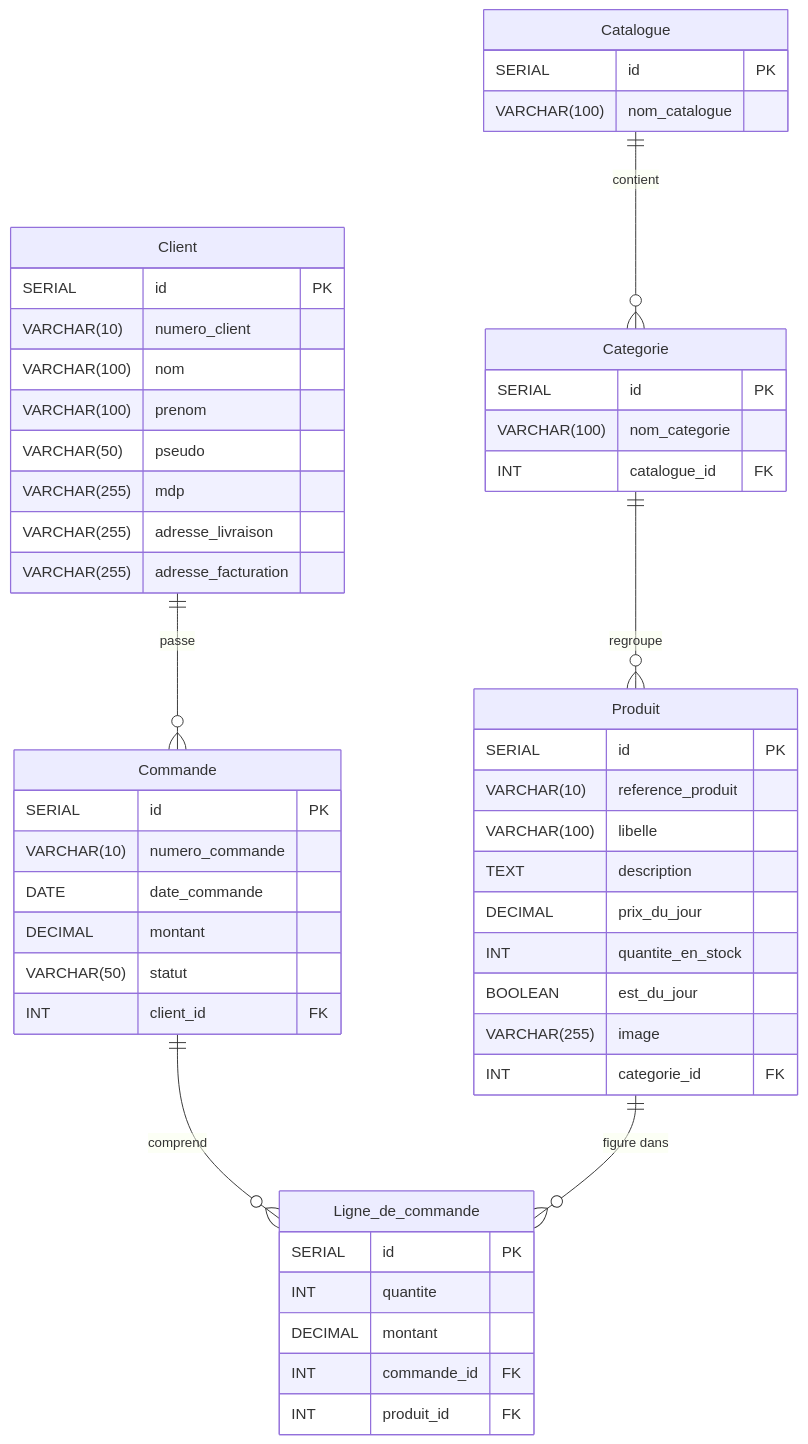
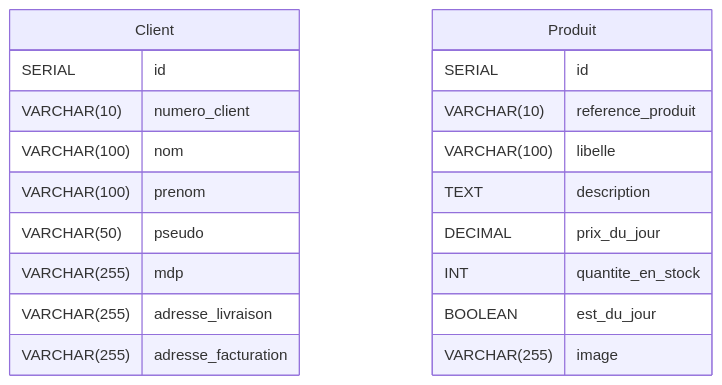
One commit to TokyHenintsoa00/GondorChicRepository changed the diagram in database/UML.md. Above: the diagram before and after it, drawn with Mermaid.

Commit message:
Màj UML

````diff
--- a/database/UML.md
+++ b/database/UML.md
@@ -3,59 +3,24 @@
 ```mermaid
 erDiagram
-    Catalogue {
-        SERIAL       id             PK
-        VARCHAR(100) nom_catalogue
-    }
-
-    Categorie {
-        SERIAL       id             PK
-        VARCHAR(100) nom_categorie
-        INT          catalogue_id   FK
-    }
-
-    Produit {
-        SERIAL       id                PK
-        VARCHAR(10)  reference_produit
-        VARCHAR(100) libelle
-        TEXT         description
-        DECIMAL      prix_du_jour
-        INT          quantite_en_stock
-        BOOLEAN      est_du_jour
-        VARCHAR(255) image
-        INT          categorie_id      FK
-    }
-
     Client {
-        SERIAL       id                    PK
+        SERIAL       id
         VARCHAR(10)  numero_client
         VARCHAR(100) nom
         VARCHAR(100) prenom
         VARCHAR(50)  pseudo
         VARCHAR(255) mdp
         VARCHAR(255) adresse_livraison
         VARCHAR(255) adresse_facturation
     }
 
-    Commande {
-        SERIAL      id               PK
-        VARCHAR(10) numero_commande
-        DATE        date_commande
-        DECIMAL     montant
-        VARCHAR(50) statut
-        INT         client_id        FK
+    Produit {
+        SERIAL       id
+        VARCHAR(10)  reference_produit
+        VARCHAR(100) libelle
+        TEXT         description
+        DECIMAL      prix_du_jour
+        INT          quantite_en_stock
+        BOOLEAN      est_du_jour
+        VARCHAR(255) image
     }
-
-    Ligne_de_commande {
-        SERIAL  id           PK
-        INT     quantite
-        DECIMAL montant
-        INT     commande_id  FK
-        INT     produit_id   FK
-    }
-
-    Catalogue      ||--o{ Categorie         : "contient"
-    Categorie      ||--o{ Produit           : "regroupe"
-    Client         ||--o{ Commande          : "passe"
-    Commande       ||--o{ Ligne_de_commande : "comprend"
-    Produit        ||--o{ Ligne_de_commande : "figure dans"
 ```
````
